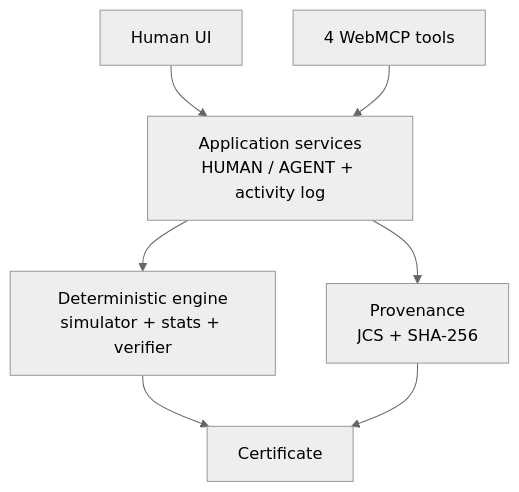
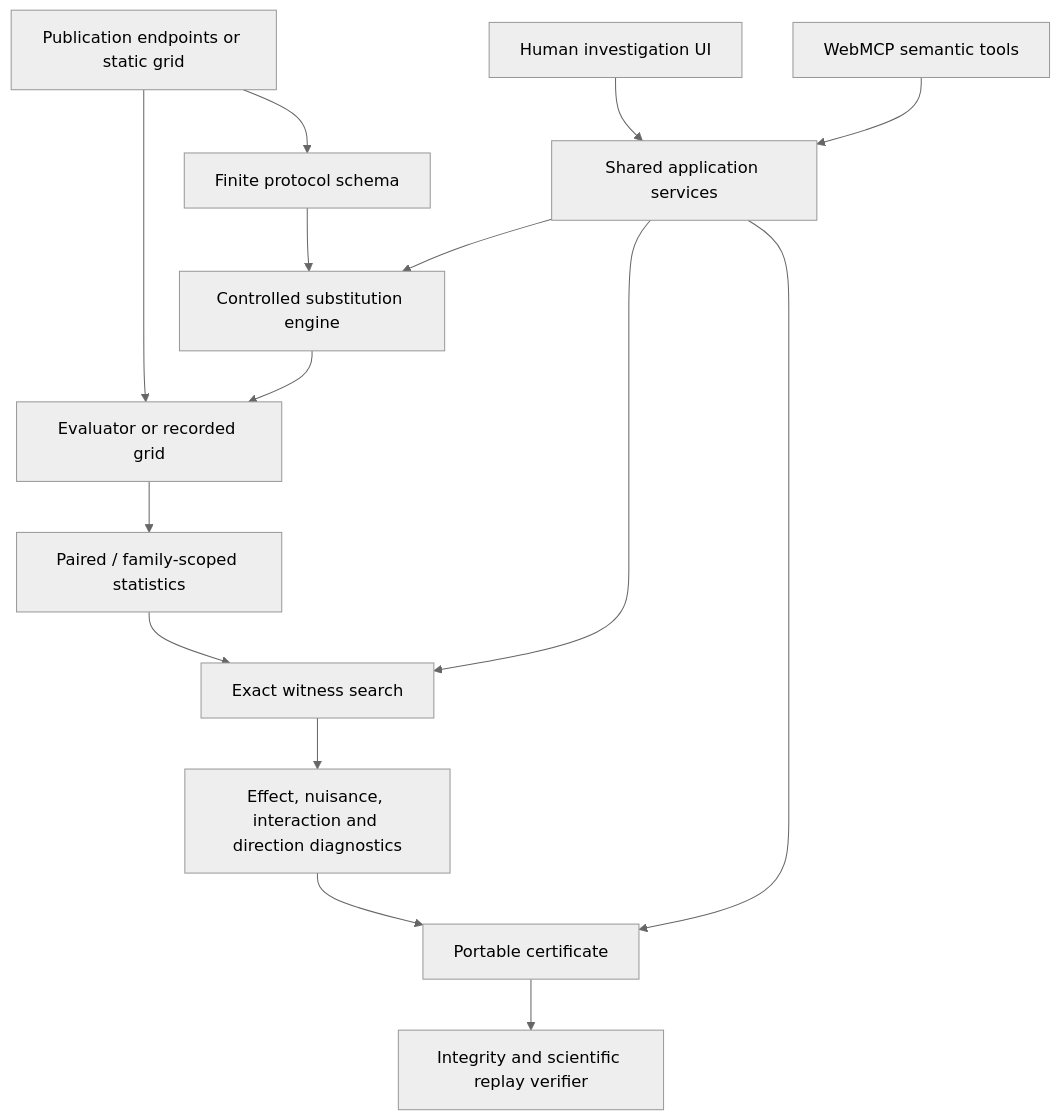
The diagram in README.md (tugrapaydiner/mpw), drawn with Mermaid (neutral theme) before and after one commit. The commit also changed other lines of this file, not shown here.

````diff
--- a/README.md
+++ b/README.md
@@ -130,9 +164,17 @@
 ```mermaid
 flowchart TD
-    UI[Human UI] --> SVC[Application services\nHUMAN / AGENT + activity log]
-    TOOLS[4 WebMCP tools] --> SVC
-    SVC --> ENG[Deterministic engine\nsimulator + stats + verifier]
-    SVC --> PROV[Provenance\nJCS + SHA-256]
-    ENG --> CERT[Certificate]
-    PROV --> CERT
+  PUB[Publication endpoints or static grid] --> SCHEMA[Finite protocol schema]
+  SCHEMA --> SUB[Controlled substitution engine]
+  PUB --> EVAL[Evaluator or recorded grid]
+  SUB --> EVAL
+  EVAL --> STATS[Paired / family-scoped statistics]
+  STATS --> SEARCH[Exact witness search]
+  SEARCH --> DIAG[Effect, nuisance, interaction and direction diagnostics]
+  DIAG --> CERT[Portable certificate]
+  CERT --> VERIFY[Integrity and scientific replay verifier]
+  UI[Human investigation UI] --> SERVICE[Shared application services]
+  MCP[WebMCP semantic tools] --> SERVICE
+  SERVICE --> SUB
+  SERVICE --> SEARCH
+  SERVICE --> CERT
 ```
````
